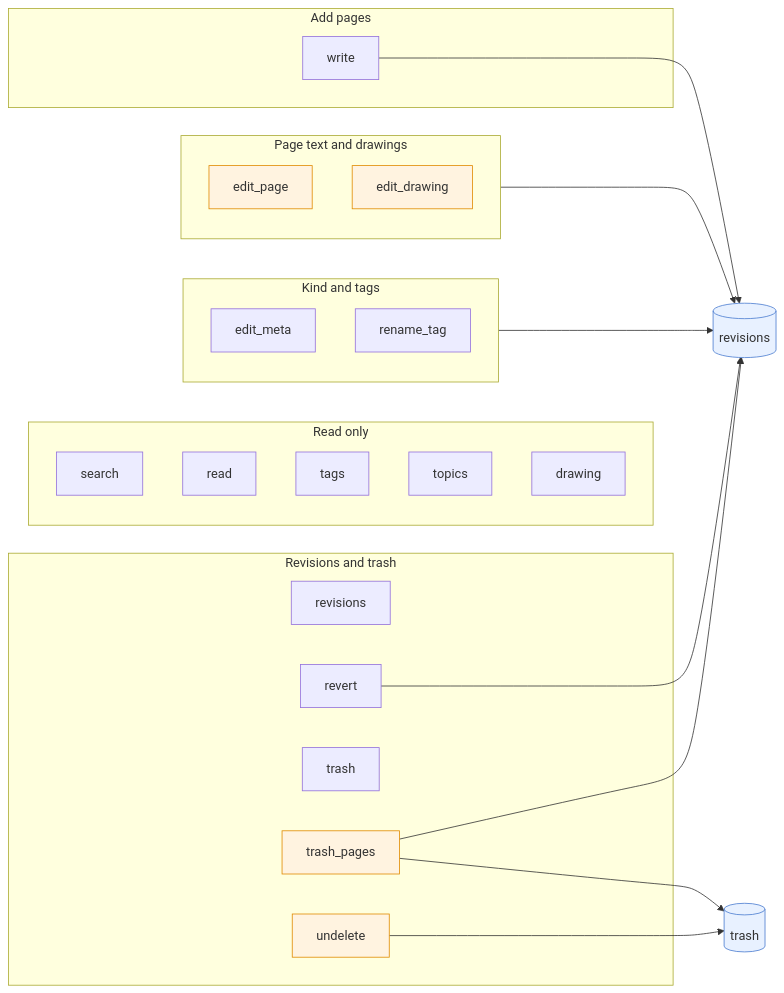
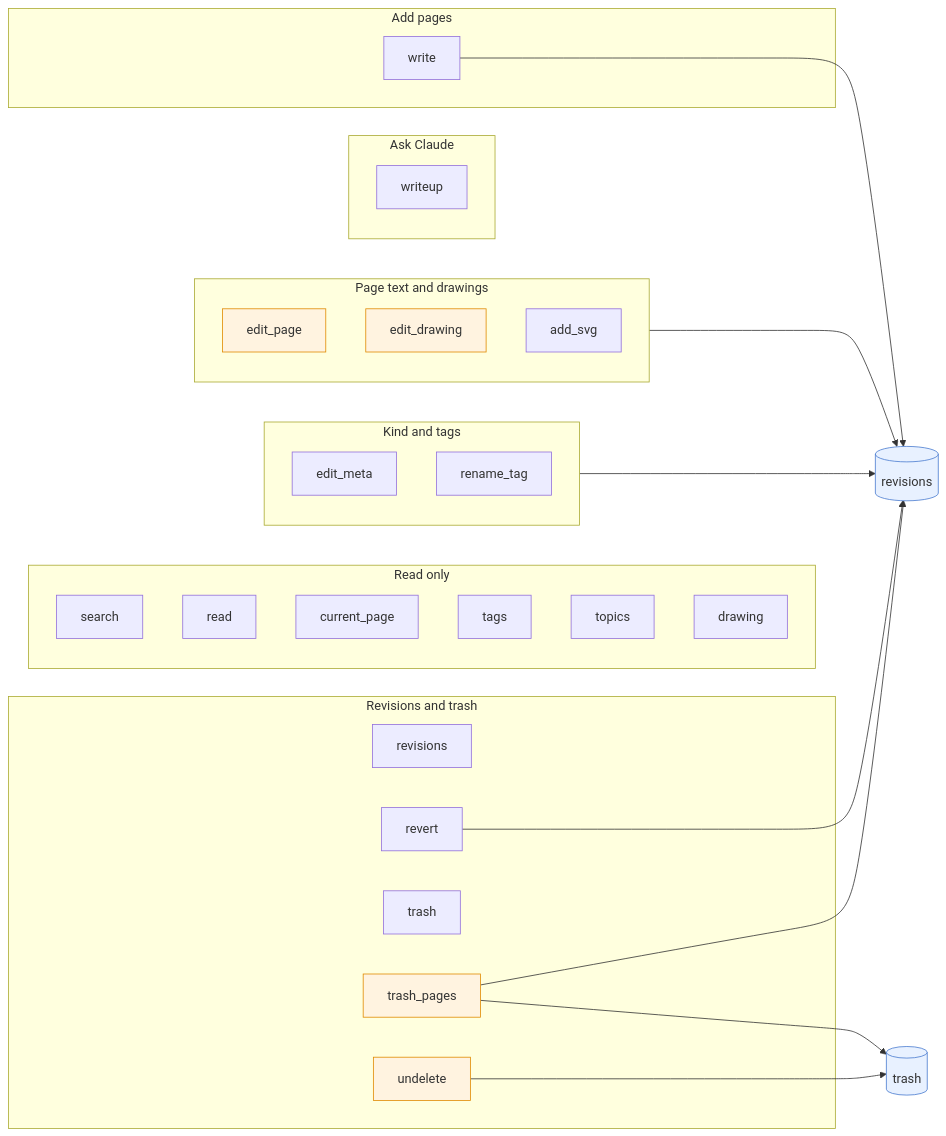
Before and after one commit to gilesknap/scrap: the second of 4 diagrams in docs/explanations/architecture/mcp-and-access.md, drawn with Mermaid. The commit also changed other lines of this file and 15 other files, not shown here.

First line of the commit message:
docs: reference and architecture match the code and the Litestream layout

````diff
--- a/docs/explanations/architecture/mcp-and-access.md
+++ b/docs/explanations/architecture/mcp-and-access.md
@@ -113,39 +116,44 @@
 ```mermaid
 flowchart LR
     subgraph read["Read only"]
         search
         read_["read"]
+        current_page
         tags
         topics
         drawing
     end
     subgraph write["Add pages"]
         write_["write"]
     end
     subgraph meta["Kind and tags"]
         edit_meta
         rename_tag
     end
     subgraph text["Page text and drawings"]
         edit_page
         edit_drawing
+        add_svg
+    end
+    subgraph ask["Ask Claude"]
+        writeup
     end
     subgraph hist["Revisions and trash"]
         revisions
         revert
         trash
         trash_pages
         undelete
     end
     write_ --> R[("revisions")]
     meta --> R
     text --> R
     revert --> R
     trash_pages --> T[("trash")]
     undelete --> T
     trash_pages --> R
     classDef store fill:#e8f1ff,stroke:#4a7bd0
     classDef claude fill:#fff3e0,stroke:#e08a00
     class R,T store
     class edit_page,edit_drawing,trash_pages,undelete claude
 ```
````
